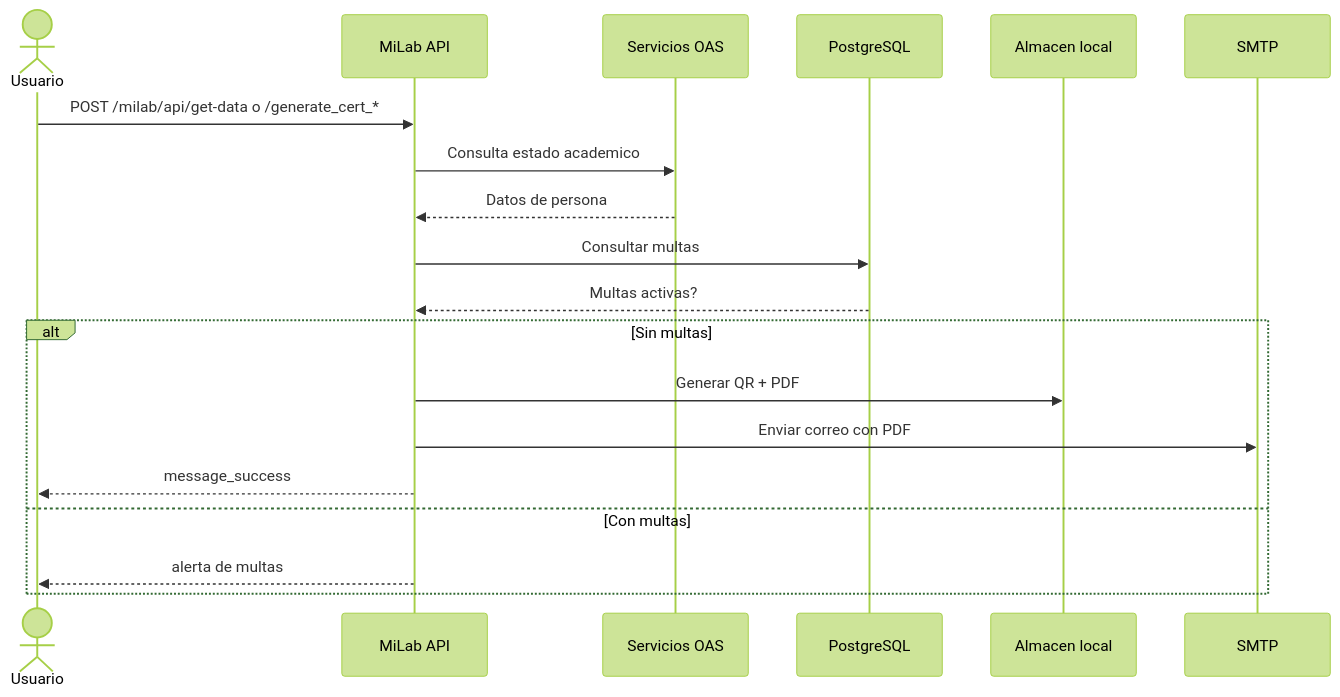
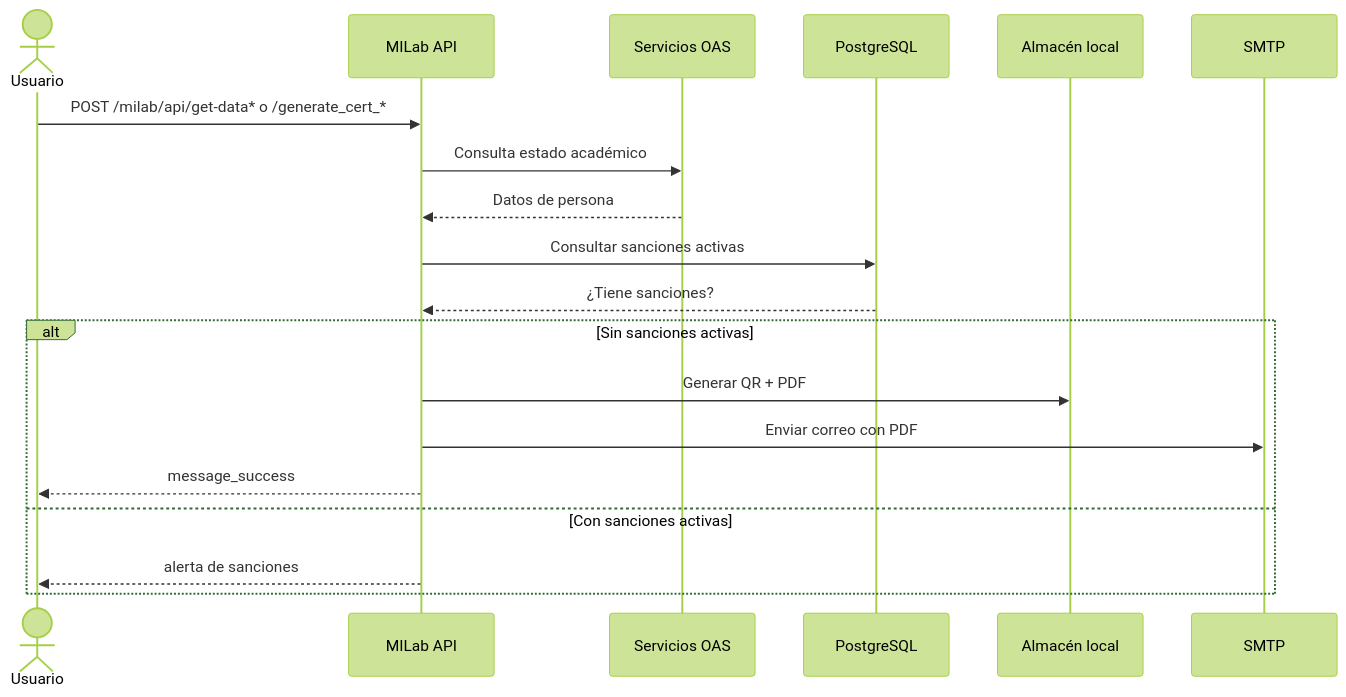
One commit to udistrital/milab changed the second of 5 diagrams in docs/architecture/sequences.md. Above: the diagram before and after it, drawn with Mermaid (forest theme). The commit also changed other lines of this file and 129 other files, not shown here.

````diff
--- a/docs/architecture/sequences.md
+++ b/docs/architecture/sequences.md
@@ -24,22 +24,22 @@
 ```mermaid
 sequenceDiagram
   actor Usuario
-  participant Web as MiLab API
+  participant Web as MILab API
   participant OAS as Servicios OAS
   participant DB as PostgreSQL
-  participant FS as Almacen local
+  participant FS as Almacén local
   participant SMTP as SMTP
 
-  Usuario->>Web: POST /milab/api/get-data o /generate_cert_*
-  Web->>OAS: Consulta estado academico
+  Usuario->>Web: POST /milab/api/get-data* o /generate_cert_*
+  Web->>OAS: Consulta estado académico
   OAS-->>Web: Datos de persona
-  Web->>DB: Consultar multas
-  DB-->>Web: Multas activas?
-  alt Sin multas
+  Web->>DB: Consultar sanciones activas
+  DB-->>Web: ¿Tiene sanciones?
+  alt Sin sanciones activas
     Web->>FS: Generar QR + PDF
     Web->>SMTP: Enviar correo con PDF
     Web-->>Usuario: message_success
-  else Con multas
-    Web-->>Usuario: alerta de multas
+  else Con sanciones activas
+    Web-->>Usuario: alerta de sanciones
   end
 ```
````
